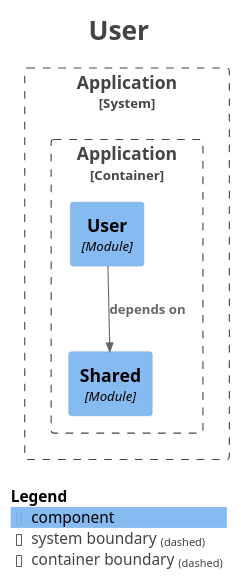
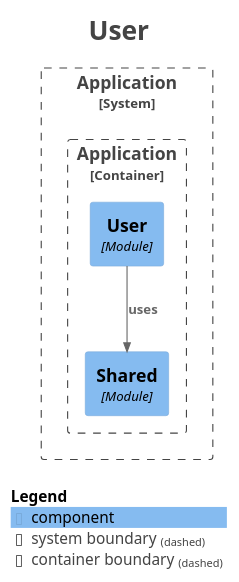
One commit to kanghouchao/Kizuna changed the diagram in backend/docs/modulith/module-user.puml. Above: the diagram before and after it, drawn with PlantUML. The commit also changed 28 other files, not shown here.

```diff
--- a/backend/docs/modulith/module-user.puml
+++ b/backend/docs/modulith/module-user.puml
@@ -1,30 +1,30 @@
 @startuml
 title <size:24>User</size>
 
 set separator none
 top to bottom direction
 
 <style>
   root {
     BackgroundColor: #ffffff
     FontColor: #444444
   }
 </style>
 
 !include <C4/C4>
 !include <C4/C4_Context>
 !include <C4/C4_Component>
 
 System_Boundary("Application_boundary", "Application", $tags="") {
   Container_Boundary("Application.Application_boundary", "Application", $tags="") {
     Component(Application.Application.Shared, "Shared", $techn="Module", $descr="", $tags="", $link="")
     Component(Application.Application.User, "User", $techn="Module", $descr="", $tags="", $link="")
   }
 
 }
 
-Rel(Application.Application.User, Application.Application.Shared, "depends on", $techn="", $tags="", $link="")
+Rel(Application.Application.User, Application.Application.Shared, "uses", $techn="", $tags="", $link="")
 
 SHOW_LEGEND(true)
 hide stereotypes
 @enduml
```
